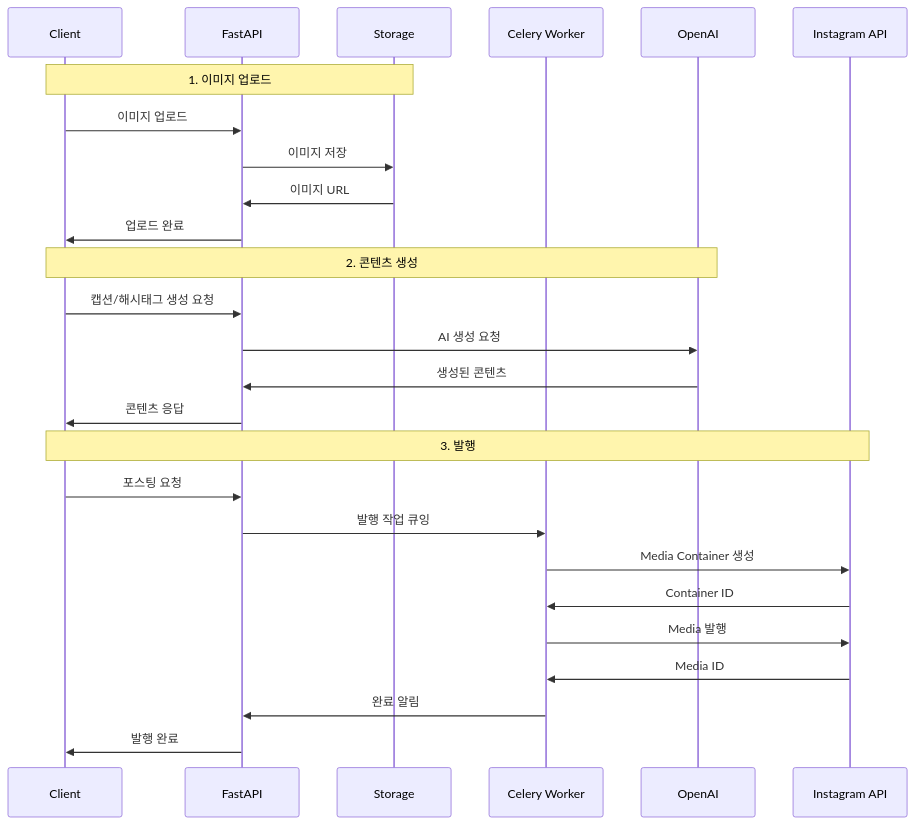
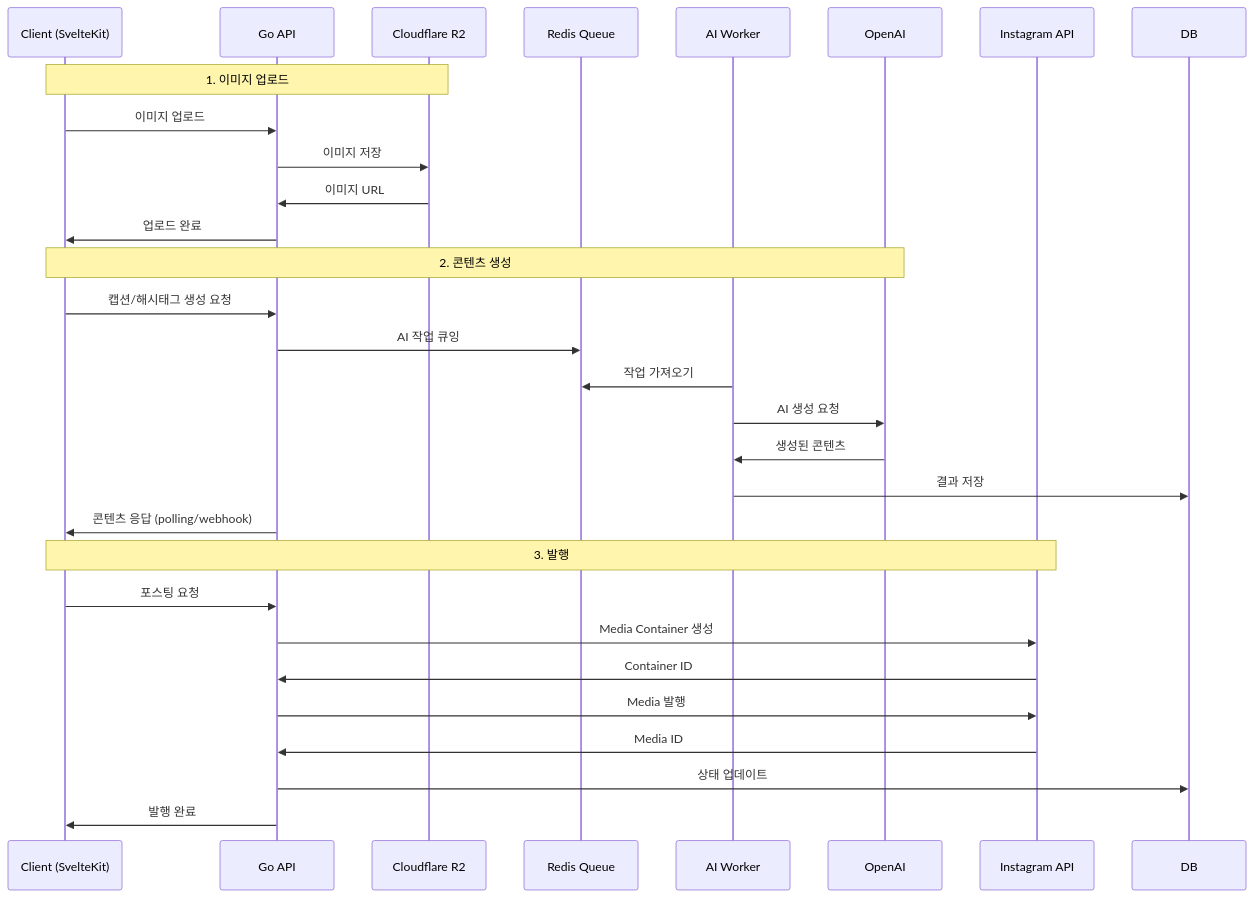
Before and after one commit to Prometheus-P/salon-mate: the fourth of 7 diagrams in docs/specs/ARCHITECTURE.md, drawn with Mermaid. The commit also changed other lines of this file and 30 other files, not shown here.

First line of the commit message:
feat: migrate tech stack to SvelteKit + Go + Python

````diff
--- a/docs/specs/ARCHITECTURE.md
+++ b/docs/specs/ARCHITECTURE.md
@@ -470,31 +511,34 @@
 ```mermaid
 sequenceDiagram
-    participant C as Client
-    participant API as FastAPI
-    participant S as Storage
-    participant W as Celery Worker
-    participant AI as OpenAI
+    participant C as Client (SvelteKit)
+    participant API as Go API
+    participant S as Cloudflare R2
+    participant Q as Redis Queue
+    participant AI as AI Worker
+    participant LLM as OpenAI
     participant I as Instagram API
 
     Note over C,S: 1. 이미지 업로드
     C->>API: 이미지 업로드
     API->>S: 이미지 저장
     S->>API: 이미지 URL
     API->>C: 업로드 완료
 
-    Note over C,AI: 2. 콘텐츠 생성
+    Note over C,LLM: 2. 콘텐츠 생성
     C->>API: 캡션/해시태그 생성 요청
-    API->>AI: AI 생성 요청
-    AI->>API: 생성된 콘텐츠
-    API->>C: 콘텐츠 응답
+    API->>Q: AI 작업 큐잉
+    AI->>Q: 작업 가져오기
+    AI->>LLM: AI 생성 요청
+    LLM->>AI: 생성된 콘텐츠
+    AI->>DB: 결과 저장
+    API->>C: 콘텐츠 응답 (polling/webhook)
 
     Note over C,I: 3. 발행
     C->>API: 포스팅 요청
-    API->>W: 발행 작업 큐잉
-    W->>I: Media Container 생성
-    I->>W: Container ID
-    W->>I: Media 발행
-    I->>W: Media ID
-    W->>API: 완료 알림
+    API->>I: Media Container 생성
+    I->>API: Container ID
+    API->>I: Media 발행
+    I->>API: Media ID
+    API->>DB: 상태 업데이트
     API->>C: 발행 완료
 ```
````
